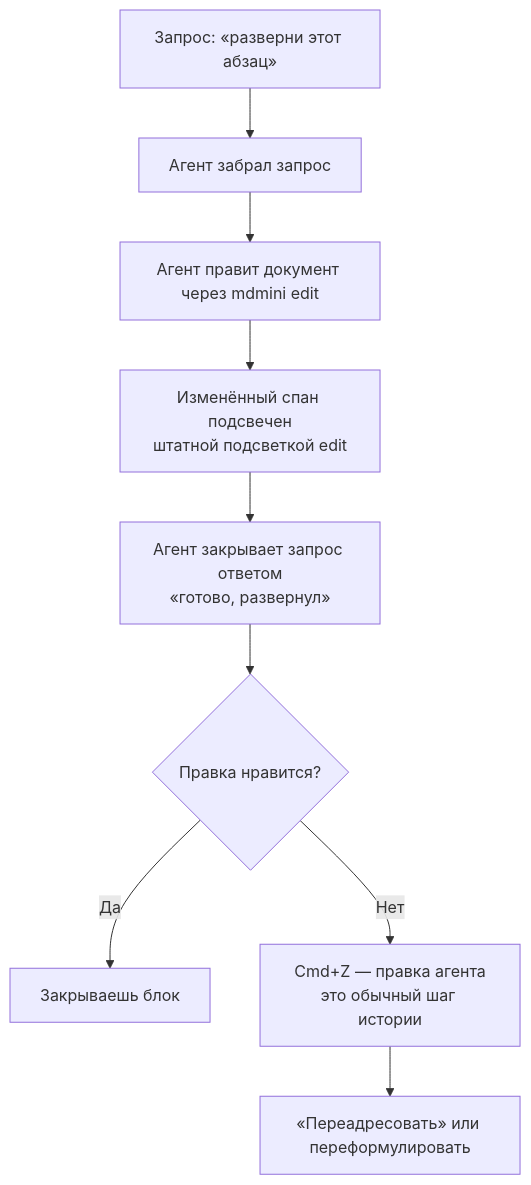
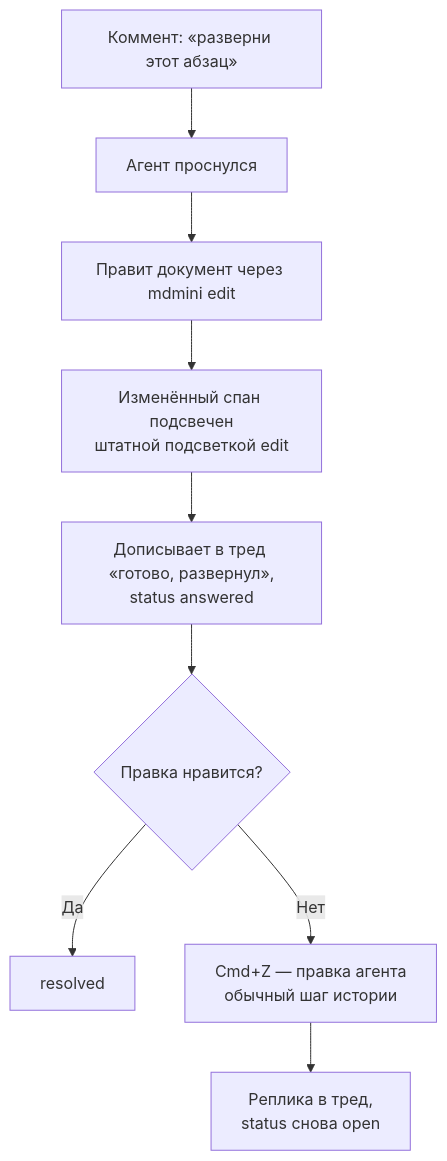
The fourth of 14 diagrams in docs/superpowers/specs/2026-08-23-document-requests-design.md (malinborn/mdmini), drawn with Mermaid before and after one commit. The commit also changed other lines of this file, not shown here.

````diff
--- a/docs/superpowers/specs/2026-08-23-document-requests-design.md
+++ b/docs/superpowers/specs/2026-08-23-document-requests-design.md
@@ -145,11 +207,11 @@
 ```mermaid
 flowchart TD
-    A["Запрос: «разверни этот абзац»"] --> B["Агент забрал запрос"]
-    B --> C["Агент правит документ через mdmini edit"]
+    A["Коммент: «разверни этот абзац»"] --> B["Агент проснулся"]
+    B --> C["Правит документ через mdmini edit"]
     C --> D["Изменённый спан подсвечен<br/>штатной подсветкой edit"]
-    D --> E["Агент закрывает запрос ответом<br/>«готово, развернул»"]
+    D --> E["Дописывает в тред «готово, развернул»,<br/>status answered"]
     E --> F{"Правка нравится?"}
-    F -->|"Да"| G["Закрываешь блок"]
-    F -->|"Нет"| H["Cmd+Z — правка агента<br/>это обычный шаг истории"]
-    H --> I["«Переадресовать» или переформулировать"]
+    F -->|"Да"| G["resolved"]
+    F -->|"Нет"| H["Cmd+Z — правка агента<br/>обычный шаг истории"]
+    H --> I["Реплика в тред,<br/>status снова open"]
 ```
````
